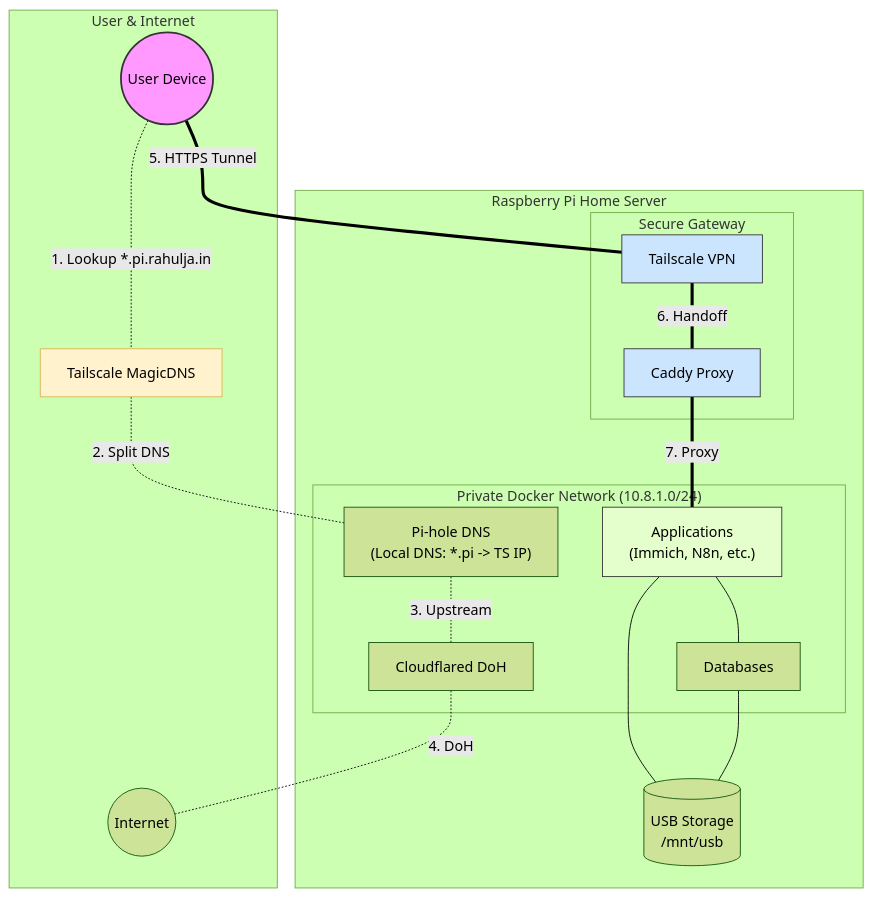
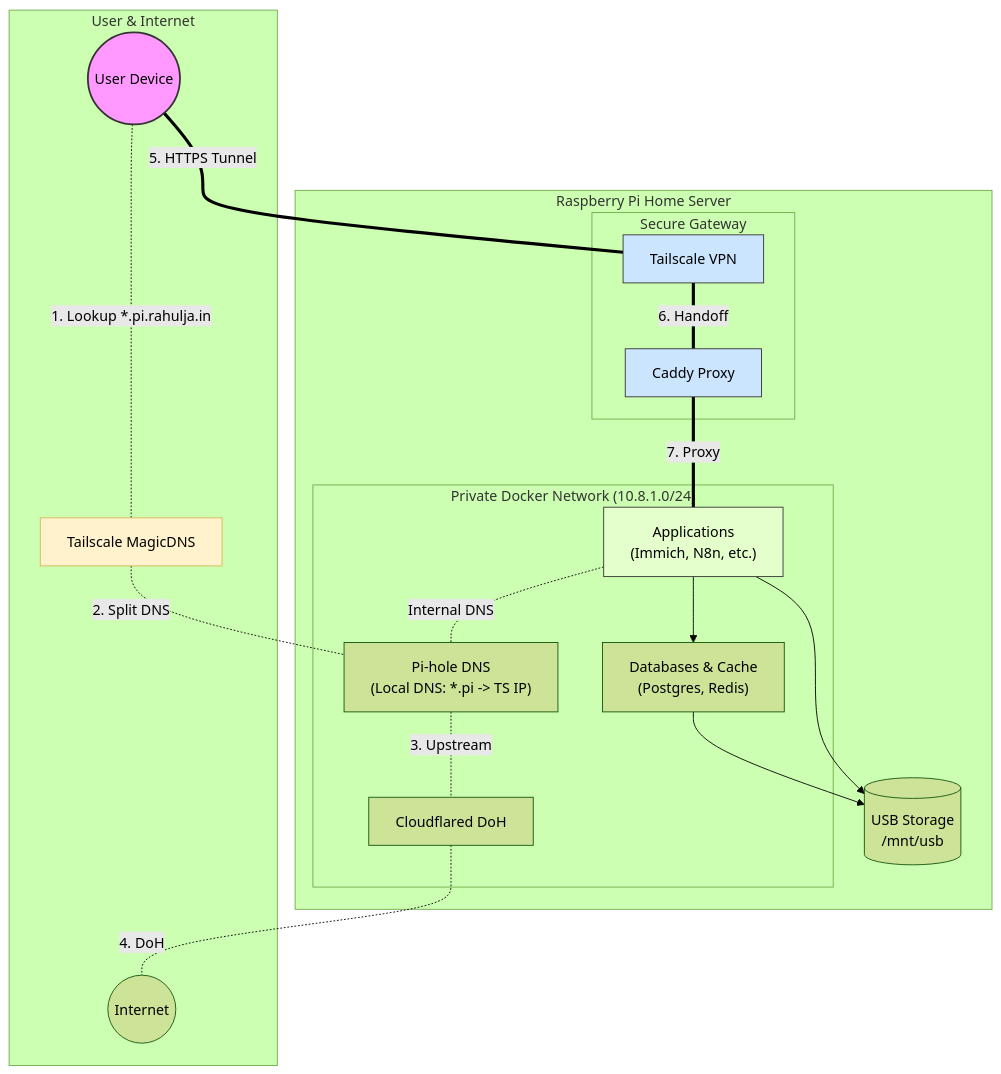
One commit to xRahul/Pi-setup changed the diagram in README.md. Above: the diagram before and after it, drawn with Mermaid (forest theme).

Commit message:
docs: detail DB/Cache and internal DNS flow in diagram

````diff
--- a/README.md
+++ b/README.md
@@ -19,52 +19,53 @@
 ```mermaid
 graph TD
     %% --- Clients & External ---
     subgraph Remote ["User & Internet"]
         user((User Device))
         magicdns[Tailscale MagicDNS]
         internet((Internet))
     end
 
     %% --- The Server ---
     subgraph Server ["Raspberry Pi Home Server"]
         
         %% Entry Point
         subgraph Gateway ["Secure Gateway"]
             ts[Tailscale VPN]
             caddy[Caddy Proxy]
         end
 
         %% Internal Network
         subgraph Internal ["Private Docker Network (10.8.1.0/24)"]
             pihole["Pi-hole DNS<br/>(Local DNS: *.pi -> TS IP)"]
             cloudflared[Cloudflared DoH]
             apps["Applications<br/>(Immich, N8n, etc.)"]
-            db[Databases]
+            db["Databases & Cache<br/>(Postgres, Redis)"]
         end
         
         storage[("USB Storage<br/>/mnt/usb")]
     end
 
     %% --- FLOW 1: DNS Resolution (Dotted) ---
     user -.-|1. Lookup *.pi.rahulja.in| magicdns
     magicdns -.-|2. Split DNS| pihole
+    apps -.-|Internal DNS| pihole
     pihole -.-|3. Upstream| cloudflared
     cloudflared -.-|4. DoH| internet
 
     %% --- FLOW 2: Secure Access (Solid / Thick) ---
     user ===|5. HTTPS Tunnel| ts
     ts ===|6. Handoff| caddy
     caddy ===|7. Proxy| apps
 
     %% --- Dependencies ---
-    apps --- db
-    apps --- storage
-    db --- storage
+    apps --> db
+    apps --> storage
+    db --> storage
 
     %% --- Styling ---
     style user fill:#f9f,stroke:#333,stroke-width:2px
     style magicdns fill:#fff2cc,stroke:#d6b656
     style ts fill:#cce5ff,stroke:#333
     style caddy fill:#cce5ff,stroke:#333
     style apps fill:#e5ffcc,stroke:#333
 ```
````
